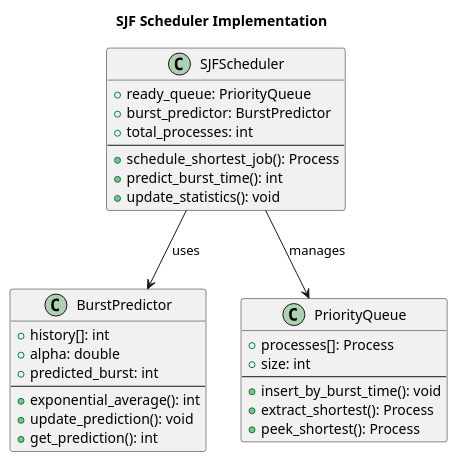
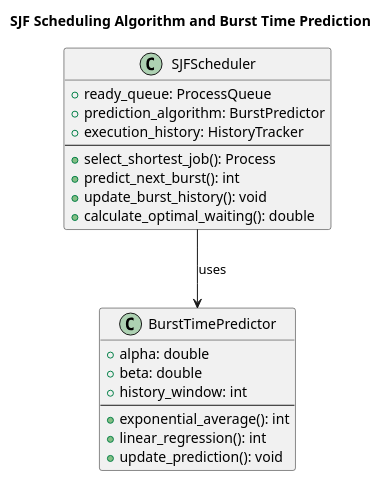
The second of 2 diagrams in Part-2/Ch-6-CPU-Scheduling/Basic-Scheduling-Algorithms.md (mohitmishra786/myJourneyOfBuildingOS), drawn with PlantUML before and after one commit. The commit also changed other lines of this file and 5 other files, not shown here.

````diff
--- a/Part-2/Ch-6-CPU-Scheduling/Basic-Scheduling-Algorithms.md
+++ b/Part-2/Ch-6-CPU-Scheduling/Basic-Scheduling-Algorithms.md
@@ -150,37 +81,28 @@
 ```plantuml
 @startuml
-title "SJF Scheduler Implementation"
+title "SJF Scheduling Algorithm and Burst Time Prediction"
 
 class SJFScheduler {
-    +ready_queue: PriorityQueue
-    +burst_predictor: BurstPredictor
-    +total_processes: int
+    +ready_queue: ProcessQueue
+    +prediction_algorithm: BurstPredictor
+    +execution_history: HistoryTracker
     --
-    +schedule_shortest_job(): Process
-    +predict_burst_time(): int
-    +update_statistics(): void
+    +select_shortest_job(): Process
+    +predict_next_burst(): int
+    +update_burst_history(): void
+    +calculate_optimal_waiting(): double
 }
 
-class BurstPredictor {
-    +history[]: int
+class BurstTimePredictor {
     +alpha: double
-    +predicted_burst: int
+    +beta: double
+    +history_window: int
     --
     +exponential_average(): int
+    +linear_regression(): int
     +update_prediction(): void
-    +get_prediction(): int
 }
 
-class PriorityQueue {
-    +processes[]: Process
-    +size: int
-    --
-    +insert_by_burst_time(): void
-    +extract_shortest(): Process
-    +peek_shortest(): Process
-}
-
-SJFScheduler --> BurstPredictor : uses
-SJFScheduler --> PriorityQueue : manages
+SJFScheduler --> BurstTimePredictor : uses
 @enduml
 ```
````
